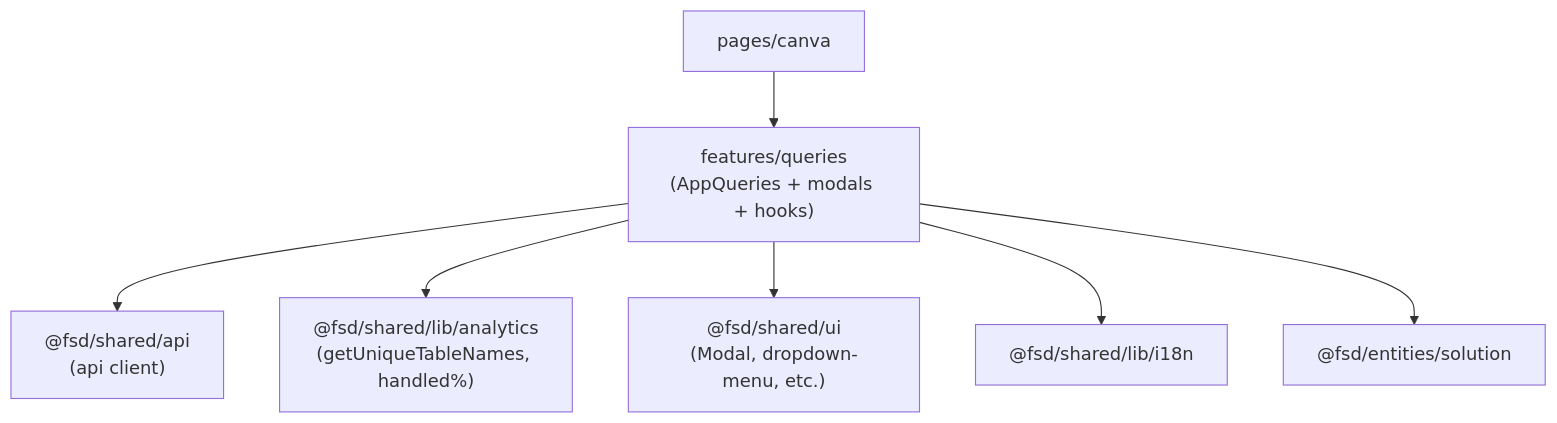
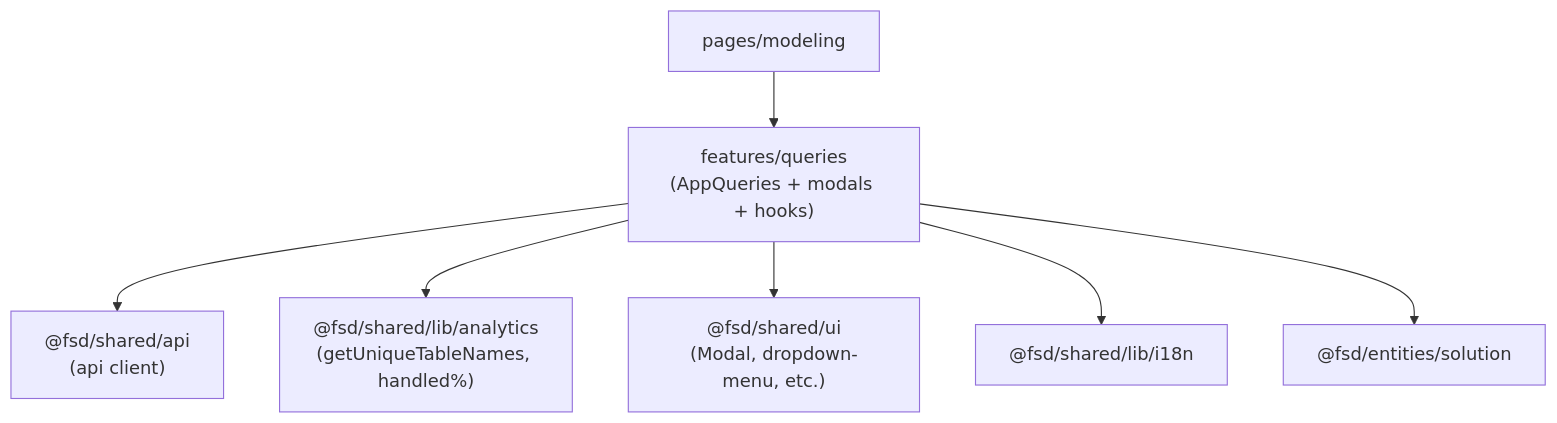
Before and after one commit to QOLQA/DBCapibara-next: the seventh of 10 diagrams in docs/architecture/frontend-fsd-architecture.md, drawn with Mermaid. The commit also changed other lines of this file and 16 other files, not shown here.

Commit message:
refactor(frontend): modeling layout unificado y página canva → modeling

````diff
--- a/docs/architecture/frontend-fsd-architecture.md
+++ b/docs/architecture/frontend-fsd-architecture.md
@@ -234,9 +235,9 @@
 ```mermaid
 flowchart TB
-  pageCanva["pages/canva"] --> featQueries["features/queries\n(AppQueries + modals + hooks)"]
+  pageCanva["pages/modeling"] --> featQueries["features/queries\n(AppQueries + modals + hooks)"]
   featQueries --> sharedApi["@fsd/shared/api\n(api client)"]
   featQueries --> sharedLibAnalytics["@fsd/shared/lib/analytics\n(getUniqueTableNames, handled%)"]
   featQueries --> sharedUi["@fsd/shared/ui\n(Modal, dropdown-menu, etc.)"]
   featQueries --> sharedLibI18n["@fsd/shared/lib/i18n"]
   featQueries --> entSolution["@fsd/entities/solution"]
 ```
````
